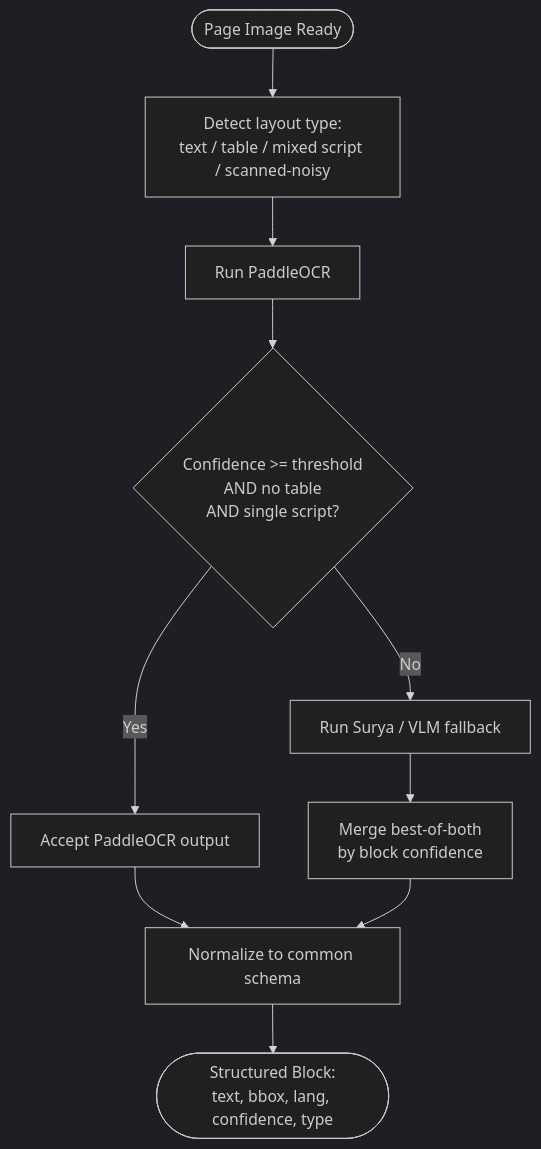
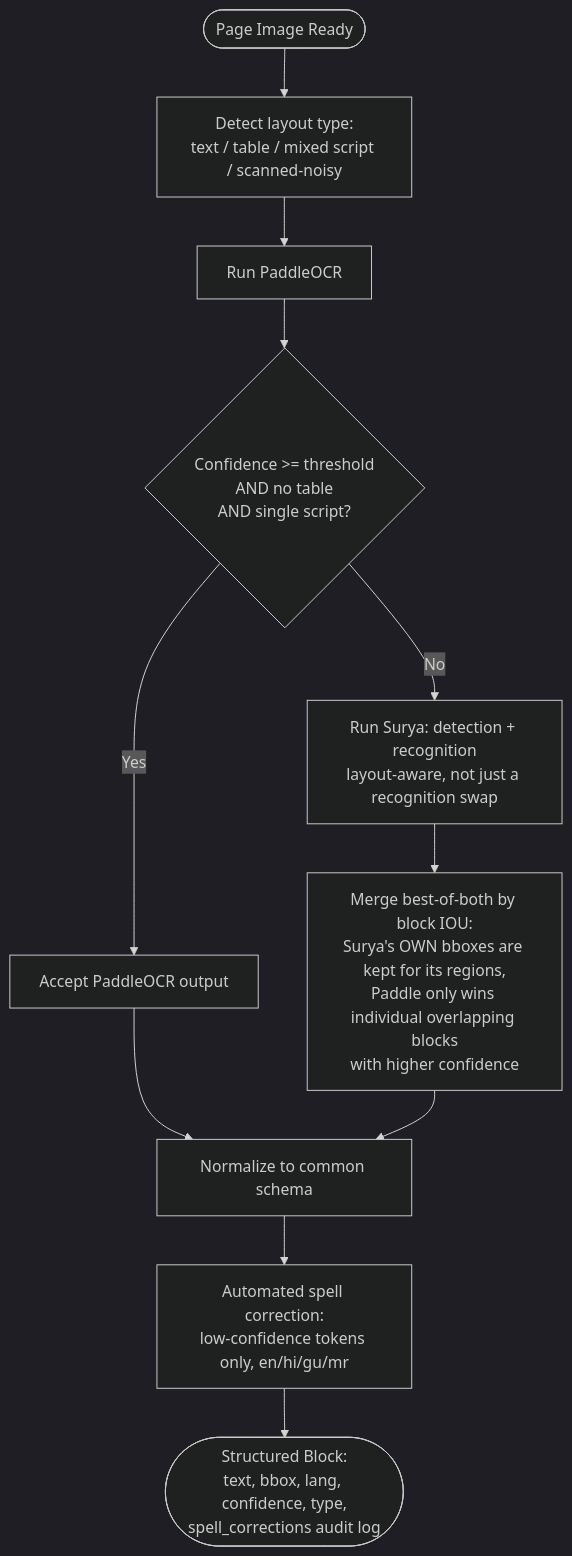
Before and after one commit to khiloni/Multilingual-OCR-pipeline-architecture: the third of 5 diagrams in ARCHITECTURE.md, drawn with Mermaid (dark theme). The commit also changed other lines of this file and 12 other files, not shown here.

````diff
--- a/ARCHITECTURE.md
+++ b/ARCHITECTURE.md
@@ -181,12 +181,13 @@
 ```mermaid
 flowchart TD
     Start([Page Image Ready]) --> Detect[Detect layout type:\ntext / table / mixed script / scanned-noisy]
     Detect --> Run[Run PaddleOCR]
     Run --> Score{Confidence >= threshold\nAND no table\nAND single script?}
     Score -->|Yes| Accept[Accept PaddleOCR output]
-    Score -->|No| Fallback[Run Surya / VLM fallback]
-    Fallback --> Merge[Merge best-of-both\nby block confidence]
+    Score -->|No| Fallback[Run Surya: detection + recognition\nlayout-aware, not just a recognition swap]
+    Fallback --> Merge[Merge best-of-both by block IOU:\nSurya's OWN bboxes are kept for its regions,\nPaddle only wins individual overlapping blocks\nwith higher confidence]
     Accept --> Normalize[Normalize to common schema]
     Merge --> Normalize
-    Normalize --> Output([Structured Block:\ntext, bbox, lang, confidence, type])
+    Normalize --> Spell[Automated spell correction:\nlow-confidence tokens only, en/hi/gu/mr]
+    Spell --> Output([Structured Block:\ntext, bbox, lang, confidence, type,\nspell_corrections audit log])
 ```
````
